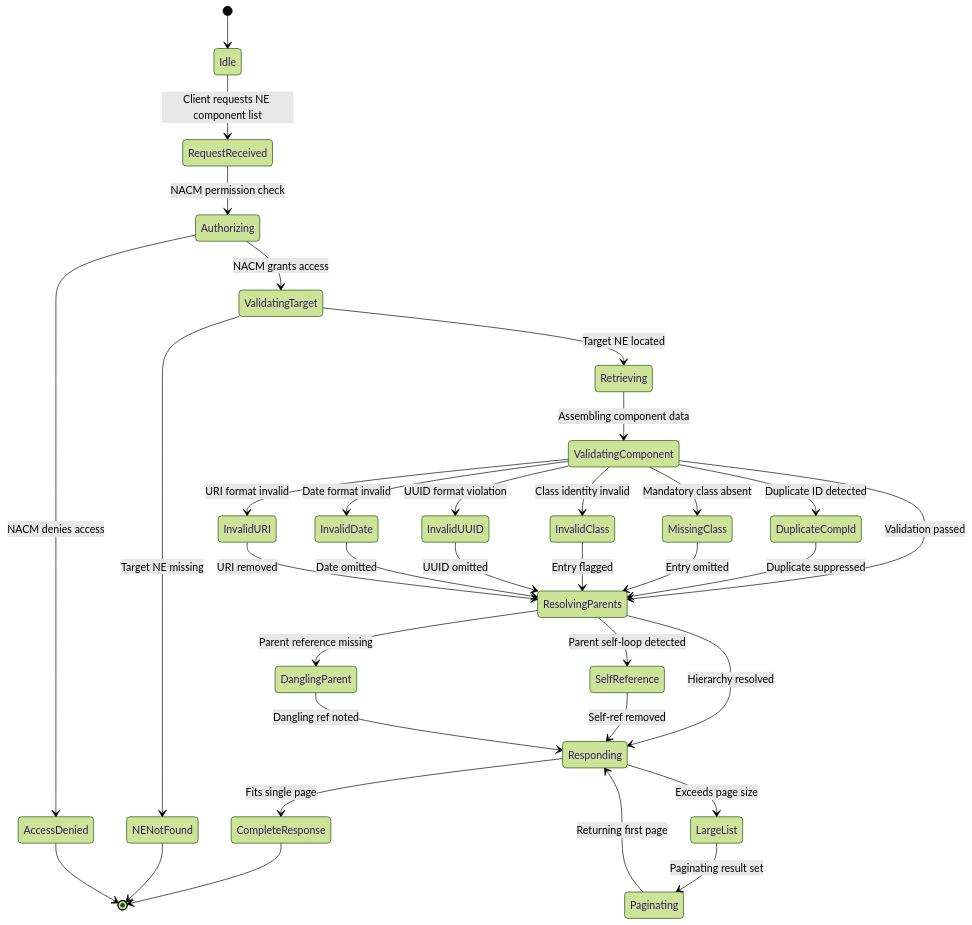
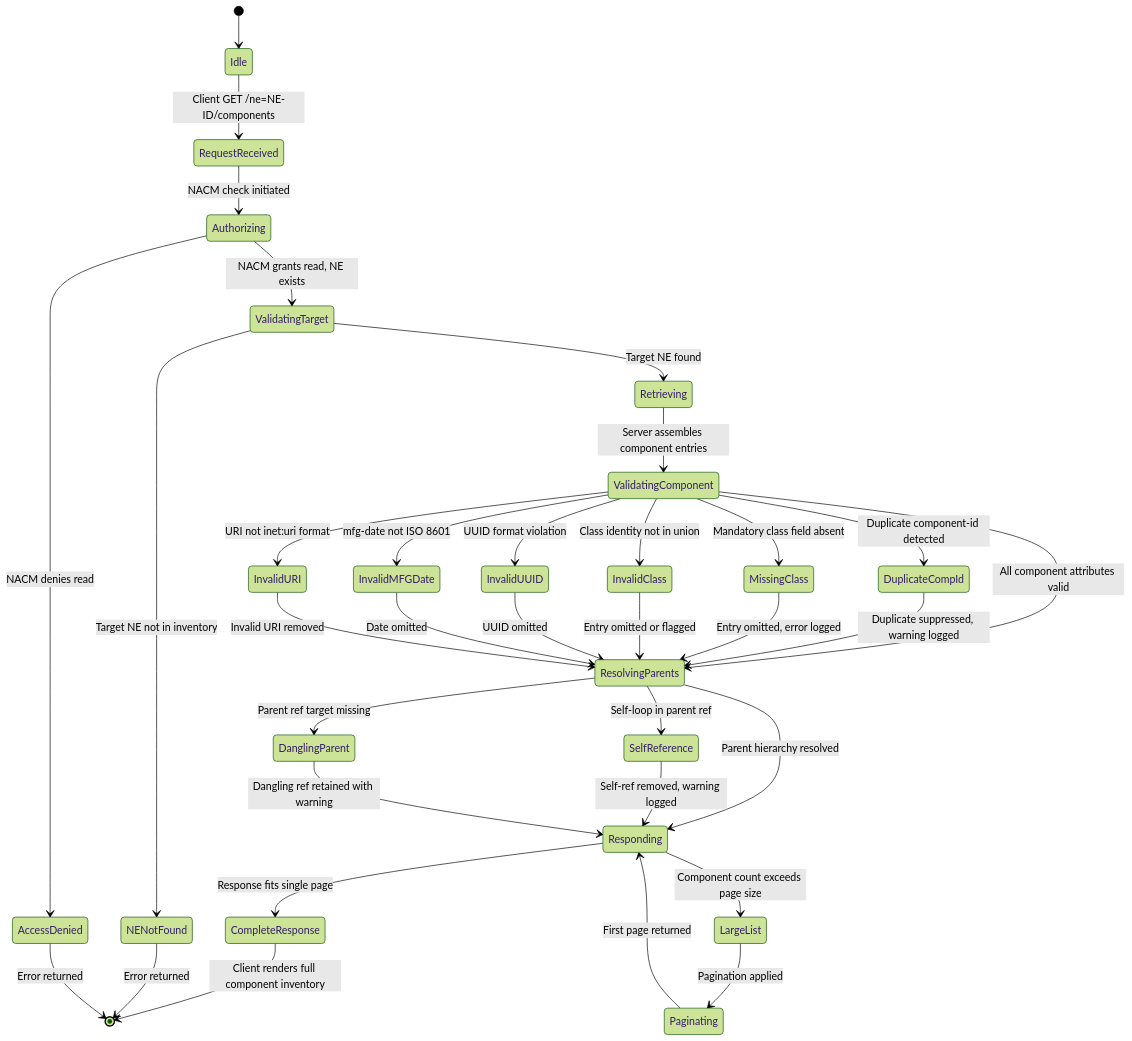
One commit to gintatkinson/3dgs-030 changed the second of 2 diagrams in docs/use-cases/uc-13-component-inventory.md. Above: the diagram before and after it, drawn with Mermaid (forest theme). The commit also changed other lines of this file and 27 other files, not shown here.

First line of the commit message:
fix: recover Mermaid diagrams from git history, apply rendering fixes, sync to GitHub

````diff
--- a/docs/use-cases/uc-13-component-inventory.md
+++ b/docs/use-cases/uc-13-component-inventory.md
@@ -200,36 +200,36 @@
 ```mermaid
 stateDiagram-v2
     [*] --> Idle
-    Idle --> RequestReceived : Client requests NE component list
-    RequestReceived --> Authorizing : NACM permission check
-    Authorizing --> AccessDenied : NACM denies access
-    Authorizing --> ValidatingTarget : NACM grants access
-    ValidatingTarget --> NENotFound : Target NE missing
-    ValidatingTarget --> Retrieving : Target NE located
-    Retrieving --> ValidatingComponent : Assembling component data
-    ValidatingComponent --> ResolvingParents : Validation passed
-    ValidatingComponent --> DuplicateCompId : Duplicate ID detected
-    ValidatingComponent --> MissingClass : Mandatory class absent
-    ValidatingComponent --> InvalidClass : Class identity invalid
+    Idle --> RequestReceived : Client GET /ne=NE-ID/components
+    RequestReceived --> Authorizing : NACM check initiated
+    Authorizing --> AccessDenied : NACM denies read
+    Authorizing --> ValidatingTarget : NACM grants read, NE exists
+    ValidatingTarget --> NENotFound : Target NE not in inventory
+    ValidatingTarget --> Retrieving : Target NE found
+    Retrieving --> ValidatingComponent : Server assembles component entries
+    ValidatingComponent --> DuplicateCompId : Duplicate component-id detected
+    ValidatingComponent --> MissingClass : Mandatory class field absent
+    ValidatingComponent --> InvalidClass : Class identity not in union
     ValidatingComponent --> InvalidUUID : UUID format violation
-    ValidatingComponent --> InvalidDate : Date format invalid
-    ValidatingComponent --> InvalidURI : URI format invalid
-    DuplicateCompId --> ResolvingParents : Duplicate suppressed
-    MissingClass --> ResolvingParents : Entry omitted
-    InvalidClass --> ResolvingParents : Entry flagged
+    ValidatingComponent --> InvalidMFGDate : mfg-date not ISO 8601
+    ValidatingComponent --> InvalidURI : URI not inet:uri format
+    ValidatingComponent --> ResolvingParents : All component attributes valid
+    DuplicateCompId --> ResolvingParents : Duplicate suppressed, warning logged
+    MissingClass --> ResolvingParents : Entry omitted, error logged
+    InvalidClass --> ResolvingParents : Entry omitted or flagged
     InvalidUUID --> ResolvingParents : UUID omitted
-    InvalidDate --> ResolvingParents : Date omitted
-    InvalidURI --> ResolvingParents : URI removed
-    ResolvingParents --> SelfReference : Parent self-loop detected
-    ResolvingParents --> DanglingParent : Parent reference missing
-    ResolvingParents --> Responding : Hierarchy resolved
-    SelfReference --> Responding : Self-ref removed
-    DanglingParent --> Responding : Dangling ref noted
-    Responding --> LargeList : Exceeds page size
-    Responding --> CompleteResponse : Fits single page
-    LargeList --> Paginating : Paginating result set
-    Paginating --> Responding : Returning first page
-    CompleteResponse --> [*]
-    NENotFound --> [*]
-    AccessDenied --> [*]
+    InvalidMFGDate --> ResolvingParents : Date omitted
+    InvalidURI --> ResolvingParents : Invalid URI removed
+    ResolvingParents --> SelfReference : Self-loop in parent ref
+    ResolvingParents --> DanglingParent : Parent ref target missing
+    ResolvingParents --> Responding : Parent hierarchy resolved
+    SelfReference --> Responding : Self-ref removed, warning logged
+    DanglingParent --> Responding : Dangling ref retained with warning
+    Responding --> LargeList : Component count exceeds page size
+    Responding --> CompleteResponse : Response fits single page
+    LargeList --> Paginating : Pagination applied
+    Paginating --> Responding : First page returned
+    CompleteResponse --> [*] : Client renders full component inventory
+    NENotFound --> [*] : Error returned
+    AccessDenied --> [*] : Error returned
 ```
````
